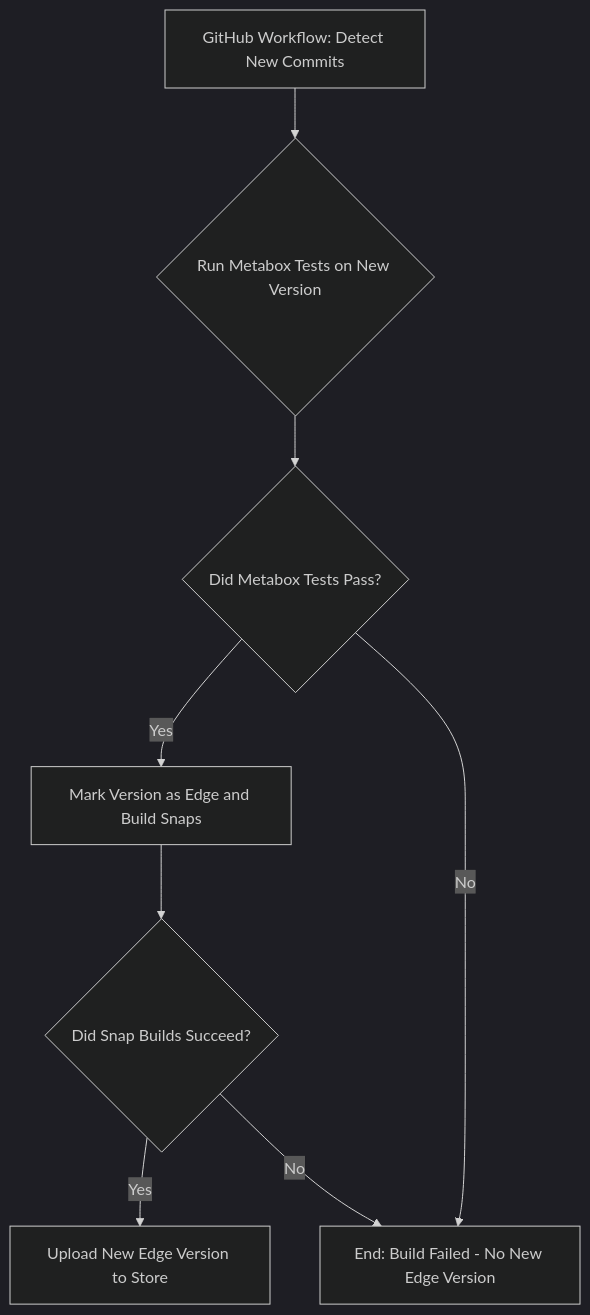
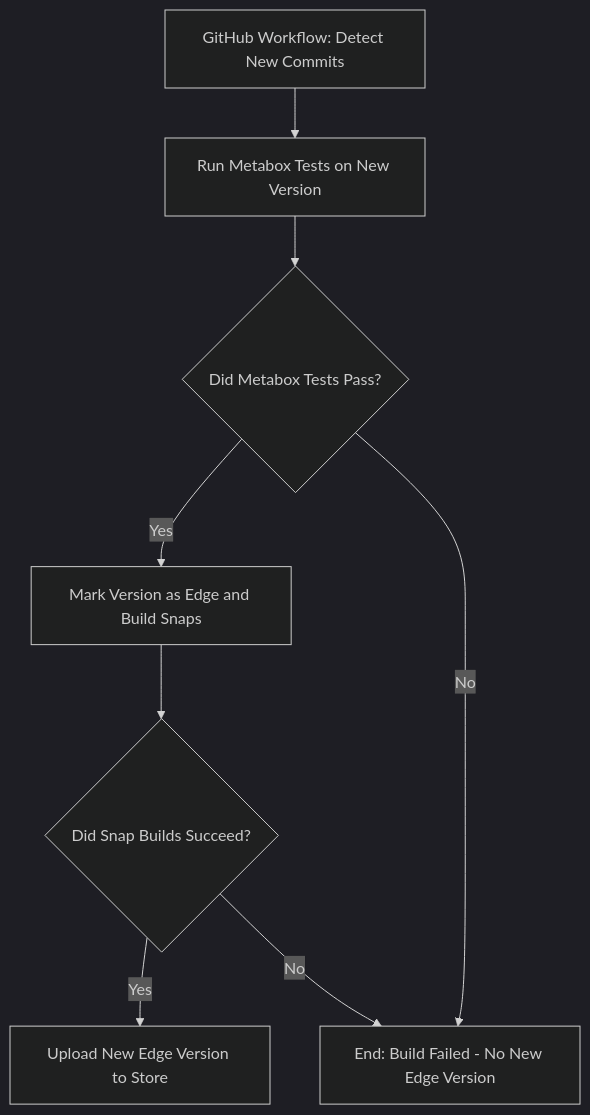
Before and after one commit to canonical/checkbox: the first of 3 diagrams in docs/how-to/release_process/validation_pipeline_execution.rst, drawn with Mermaid (dark theme). The commit also changed other lines of this file and 3 other files, not shown here.

```diff
--- a/docs/how-to/release_process/validation_pipeline_execution.rst
+++ b/docs/how-to/release_process/validation_pipeline_execution.rst
@@ -13,22 +13,22 @@
 .. mermaid::
-
+    
     graph TB
 
         A[GitHub Workflow: Detect New Commits]
 
-        B{Run Metabox Tests on New Version}
+        B[Run Metabox Tests on New Version]
         C[Mark Version as Edge and Build Snaps]
         D{Did Metabox Tests Pass?}
         E{Did Snap Builds Succeed?}
         F[Upload New Edge Version to Store]
 
         G[End: Build Failed - No New Edge Version]
 
 
         A --> B
         B --> D
         D -->|Yes| C
         C --> E
         E -->|Yes| F
         D -->|No| G
         E -->|No| G
```
